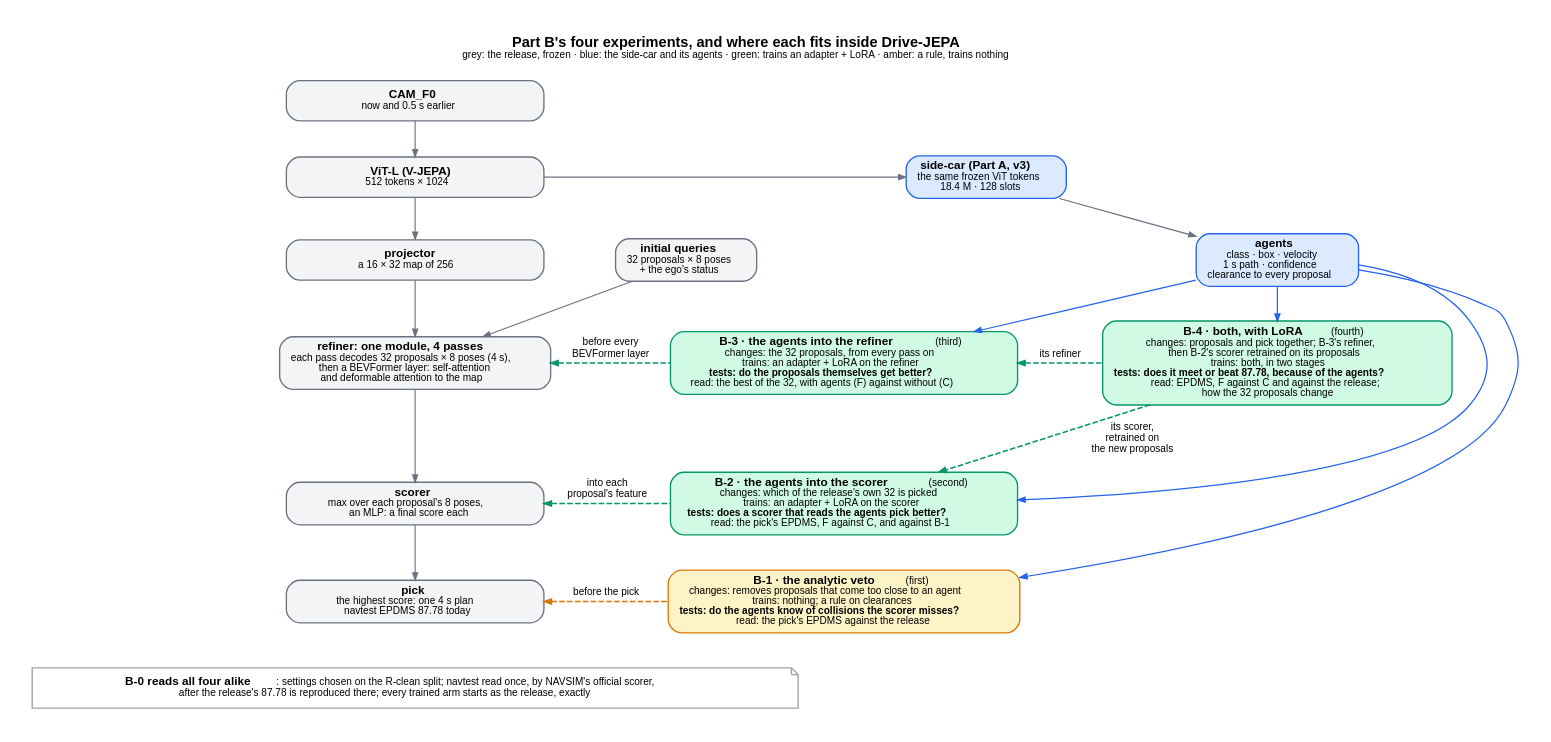
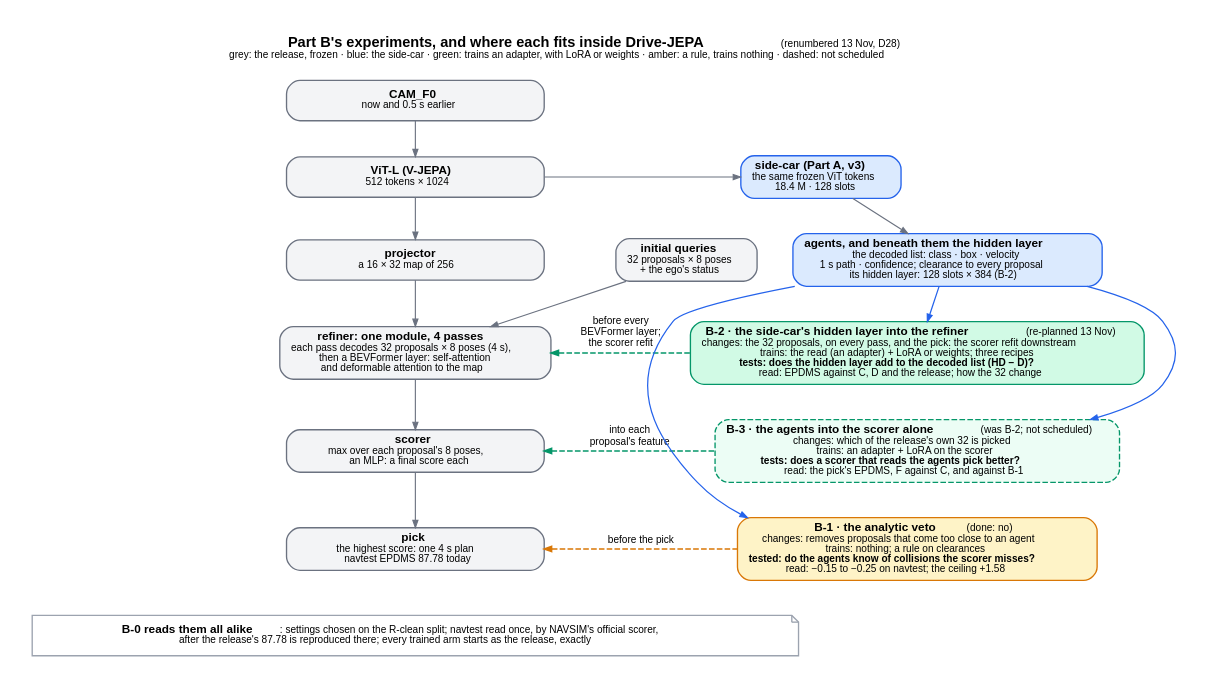
One commit to FastCodeAI/Gallops changed the diagram in experiments/H15_perception_sidecar/figures/b0-four-experiments.dot. Above: the diagram before and after it, drawn with Graphviz. The commit also changed 34 other files, not shown here.

```diff
--- a/experiments/H15_perception_sidecar/figures/b0-four-experiments.dot
+++ b/experiments/H15_perception_sidecar/figures/b0-four-experiments.dot
@@ -1,73 +1,68 @@
-// H15 Part B (docs/drivejepa-perception-sidecar/part-b/B-0-foundations.md, top): the four experiments in one picture. Left, Drive-JEPA as it
+// H15 Part B (docs/drivejepa-perception-sidecar/part-b/B-0-foundations.md, top): the experiments in one picture, as
+// renumbered on 13 Nov (D28; the file keeps its name). Left, Drive-JEPA as it
 // runs at inference, frozen; right, the side-car and its agents; between them, each experiment beside the part of the
 // planner it changes, with what it tests. Grey: the release, frozen. Blue: the side-car and its agents. Green: an
-// experiment that trains (an adapter + LoRA). Amber: a rule that trains nothing.
+// experiment that trains (an adapter, with LoRA or weights). Amber: a rule that trains nothing. Dashed card: not scheduled.
 // Render: dot -Tsvg b0-four-experiments.dot -o b0-four-experiments.svg && dot -Tpng:cairo -Gdpi=192 b0-four-experiments.dot -o b0-four-experiments.png
 // (not rsvg-convert: version 2.50 drops the space after a bold run)
 digraph b0_four_experiments {
   graph [rankdir=TB, fontname="Helvetica", nodesep=0.45, ranksep=0.42, pad=0.3, bgcolor="white", newrank=true,
          labelloc="t", fontsize=13,
-         label=<<B>Part B's four experiments, and where each fits inside Drive-JEPA</B><BR/><FONT POINT-SIZE="9.5">grey: the release, frozen · blue: the side-car and its agents · green: trains an adapter + LoRA · amber: a rule, trains nothing</FONT><BR/> >];
+         label=<<B>Part B's experiments, and where each fits inside Drive-JEPA</B> <FONT POINT-SIZE="9.5">(renumbered 13 Nov, D28)</FONT><BR/><FONT POINT-SIZE="9.5">grey: the release, frozen · blue: the side-car · green: trains an adapter, with LoRA or weights · amber: a rule, trains nothing · dashed: not scheduled</FONT><BR/> >];
   node  [shape=box, style="rounded,filled", fontname="Helvetica", fontsize=10.5, penwidth=1.2,
          color="#6b7280", fillcolor="#f3f4f6", margin="0.14,0.07"];
   edge  [color="#6b7280", arrowsize=0.65, penwidth=1.0, fontname="Helvetica", fontsize=9];
 
   // Drive-JEPA at inference, top to bottom.
   cam     [label=<<B>CAM_F0</B><BR/><FONT POINT-SIZE="9">now and 0.5 s earlier</FONT>>, width=3.2];
   vit     [label=<<B>ViT-L (V-JEPA)</B><BR/><FONT POINT-SIZE="9">512 tokens × 1024</FONT>>, width=3.2];
   proj    [label=<<B>projector</B><BR/><FONT POINT-SIZE="9">a 16 × 32 map of 256</FONT>>, width=3.2];
   init    [label=<<B>initial queries</B><BR/><FONT POINT-SIZE="9">32 proposals × 8 poses<BR/>+ the ego's status</FONT>>];
   refiner [label=<<B>refiner: one module, 4 passes</B><BR/><FONT POINT-SIZE="9">each pass decodes 32 proposals × 8 poses (4 s),<BR/>then a BEVFormer layer: self-attention<BR/>and deformable attention to the map</FONT>>, width=3.2];
   scorer  [label=<<B>scorer</B><BR/><FONT POINT-SIZE="9">max over each proposal's 8 poses,<BR/>an MLP: a final score each</FONT>>, width=3.2];
   pick    [label=<<B>pick</B><BR/><FONT POINT-SIZE="9">the highest score: one 4 s plan<BR/>navtest EPDMS 87.78 today</FONT>>, width=3.2];
 
-  // The four experiments, each beside what it changes.
-  b3 [label=<<B>B-3 · the agents into the refiner</B> <FONT POINT-SIZE="9">(third)</FONT><BR/><FONT POINT-SIZE="9">changes: the 32 proposals, from every pass on<BR/>trains: an adapter + LoRA on the refiner<BR/><B>tests: do the proposals themselves get better?</B><BR/>read: the best of the 32, with agents (F) against without (C)</FONT>>,
+  // The experiments, each beside what it changes.
+  b2 [label=<<B>B-2 · the side-car's hidden layer into the refiner</B> <FONT POINT-SIZE="9">(re-planned 13 Nov)</FONT><BR/><FONT POINT-SIZE="9">changes: the 32 proposals, on every pass, and the pick: the scorer refit downstream<BR/>trains: the read (an adapter) + LoRA or weights; three recipes<BR/><B>tests: does the hidden layer add to the decoded list (HD − D)?</B><BR/>read: EPDMS against C, D and the release; how the 32 change</FONT>>,
       color="#059669", fillcolor="#d1fae5", width=4.3];
-  b4 [label=<<B>B-4 · both, with LoRA</B> <FONT POINT-SIZE="9">(fourth)</FONT><BR/><FONT POINT-SIZE="9">changes: proposals and pick together; B-3's refiner,<BR/>then B-2's scorer retrained on its proposals<BR/>trains: both, in two stages<BR/><B>tests: does it meet or beat 87.78, because of the agents?</B><BR/>read: EPDMS, F against C and against the release;<BR/>how the 32 proposals change</FONT>>,
-      color="#059669", fillcolor="#d1fae5", width=4.3];
-  b2 [label=<<B>B-2 · the agents into the scorer</B> <FONT POINT-SIZE="9">(second)</FONT><BR/><FONT POINT-SIZE="9">changes: which of the release's own 32 is picked<BR/>trains: an adapter + LoRA on the scorer<BR/><B>tests: does a scorer that reads the agents pick better?</B><BR/>read: the pick's EPDMS, F against C, and against B-1</FONT>>,
-      color="#059669", fillcolor="#d1fae5", width=4.3];
-  b1 [label=<<B>B-1 · the analytic veto</B> <FONT POINT-SIZE="9">(first)</FONT><BR/><FONT POINT-SIZE="9">changes: removes proposals that come too close to an agent<BR/>trains: nothing; a rule on clearances<BR/><B>tests: do the agents know of collisions the scorer misses?</B><BR/>read: the pick's EPDMS against the release</FONT>>,
+  b3 [label=<<B>B-3 · the agents into the scorer alone</B> <FONT POINT-SIZE="9">(was B-2; not scheduled)</FONT><BR/><FONT POINT-SIZE="9">changes: which of the release's own 32 is picked<BR/>trains: an adapter + LoRA on the scorer<BR/><B>tests: does a scorer that reads the agents pick better?</B><BR/>read: the pick's EPDMS, F against C, and against B-1</FONT>>,
+      style="rounded,dashed,filled", color="#059669", fillcolor="#ecfdf5", width=4.3];
+  b1 [label=<<B>B-1 · the analytic veto</B> <FONT POINT-SIZE="9">(done: no)</FONT><BR/><FONT POINT-SIZE="9">changes: removes proposals that come too close to an agent<BR/>trains: nothing; a rule on clearances<BR/><B>tested: do the agents know of collisions the scorer misses?</B><BR/>read: −0.15 to −0.25 on navtest; the ceiling +1.58</FONT>>,
       color="#d97706", fillcolor="#fef3c7", width=4.3];
 
   // The side-car, on the right.
   sidecar [label=<<B>side-car (Part A, v3)</B><BR/><FONT POINT-SIZE="9">the same frozen ViT tokens<BR/>18.4 M · 128 slots</FONT>>, color="#2563eb", fillcolor="#dbeafe"];
-  agents  [label=<<B>agents</B><BR/><FONT POINT-SIZE="9">class · box · velocity<BR/>1 s path · confidence<BR/>clearance to every proposal</FONT>>, color="#2563eb", fillcolor="#dbeafe"];
+  agents  [label=<<B>agents, and beneath them the hidden layer</B><BR/><FONT POINT-SIZE="9">the decoded list: class · box · velocity<BR/>1 s path · confidence; clearance to every proposal<BR/>its hidden layer: 128 slots × 384 (B-2)</FONT>>, color="#2563eb", fillcolor="#dbeafe"];
 
   b0 [shape=note, fillcolor="white", color="#9ca3af", width=9.5,
-      label=<<B>B-0 reads all four alike</B><FONT POINT-SIZE="9">: settings chosen on the R-clean split; navtest read once, by NAVSIM's official scorer,<BR/>after the release's 87.78 is reproduced there; every trained arm starts as the release, exactly</FONT>>];
+      label=<<B>B-0 reads them all alike</B><FONT POINT-SIZE="9">: settings chosen on the R-clean split; navtest read once, by NAVSIM's official scorer,<BR/>after the release's 87.78 is reproduced there; every trained arm starts as the release, exactly</FONT>>];
 
   // The planner's flow.
   cam -> vit -> proj -> refiner -> scorer -> pick;
   init -> refiner;
   vit -> sidecar;
   sidecar -> agents;
 
   // Each experiment beside its stage: the arrow points into the planner.
-  refiner -> b3 [dir=back, color="#059669", style=dashed, penwidth=1.4, label="before every\nBEVFormer layer"];
-  scorer -> b2 [dir=back, color="#059669", style=dashed, penwidth=1.4, label="into each\nproposal's feature"];
+  refiner -> b2 [dir=back, color="#059669", style=dashed, penwidth=1.4, label="before every\nBEVFormer layer;\nthe scorer refit"];
+  scorer -> b3 [dir=back, color="#059669", style=dashed, penwidth=1.4, label="into each\nproposal's feature"];
   pick -> b1 [dir=back, color="#d97706", style=dashed, penwidth=1.4, label="before the pick"];
-  // B-4 is B-3's refiner and B-2's scorer, together: it reaches the planner through both.
-  b3 -> b4 [dir=back, color="#059669", style=dashed, penwidth=1.4, label="its refiner"];
-  b4 -> b2 [color="#059669", style=dashed, penwidth=1.4, label="its scorer,\nretrained on\nthe new proposals"];
 
-  // The agents feed every experiment.
+  // The side-car feeds every experiment.
+  agents -> b2 [color="#2563eb", penwidth=1.1];
   agents -> b3 [color="#2563eb", penwidth=1.1];
-  agents -> b4 [color="#2563eb", penwidth=1.1];
-  agents -> b2 [color="#2563eb", penwidth=1.1];
   agents -> b1 [color="#2563eb", penwidth=1.1];
 
   { rank=same; vit; sidecar; }
   { rank=same; init; proj; agents; }
-  { rank=same; refiner; b3; b4; }
-  { rank=same; scorer; b2; }
+  { rank=same; refiner; b2; }
+  { rank=same; scorer; b3; }
   { rank=same; pick; b1; }
   pick -> b0 [style=invis];
 
   // Columns: the planner straight down; the experiments in one column beside it.
   cam [group=dj]; vit [group=dj]; proj [group=dj]; refiner [group=dj]; scorer [group=dj]; pick [group=dj];
-  b3 [group=exp]; b2 [group=exp]; b1 [group=exp];
-  b3 -> b2 -> b1 [style=invis, weight=8];
+  b2 [group=exp]; b3 [group=exp]; b1 [group=exp];
+  b2 -> b3 -> b1 [style=invis, weight=8];
   init -> proj [style=invis];
 }
```
